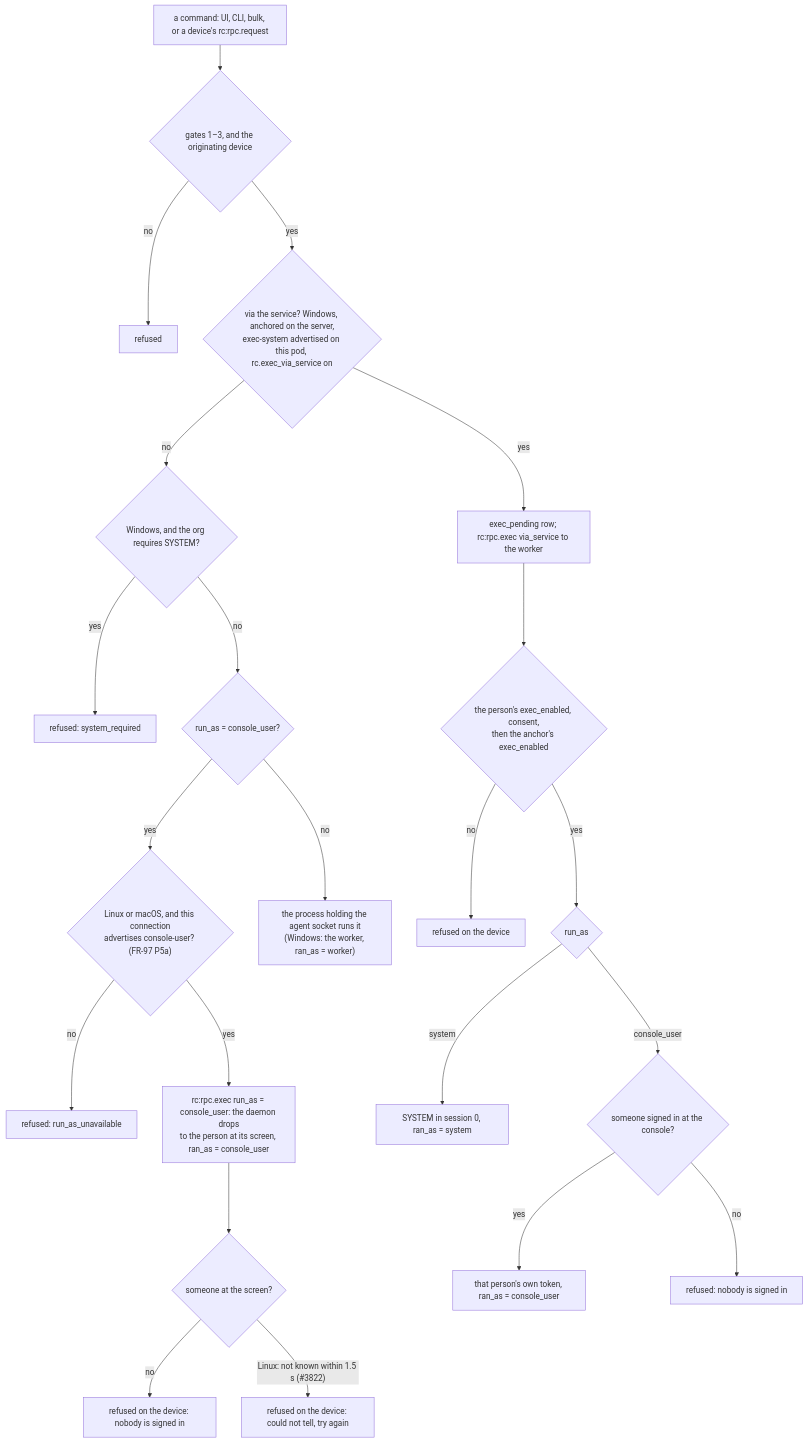
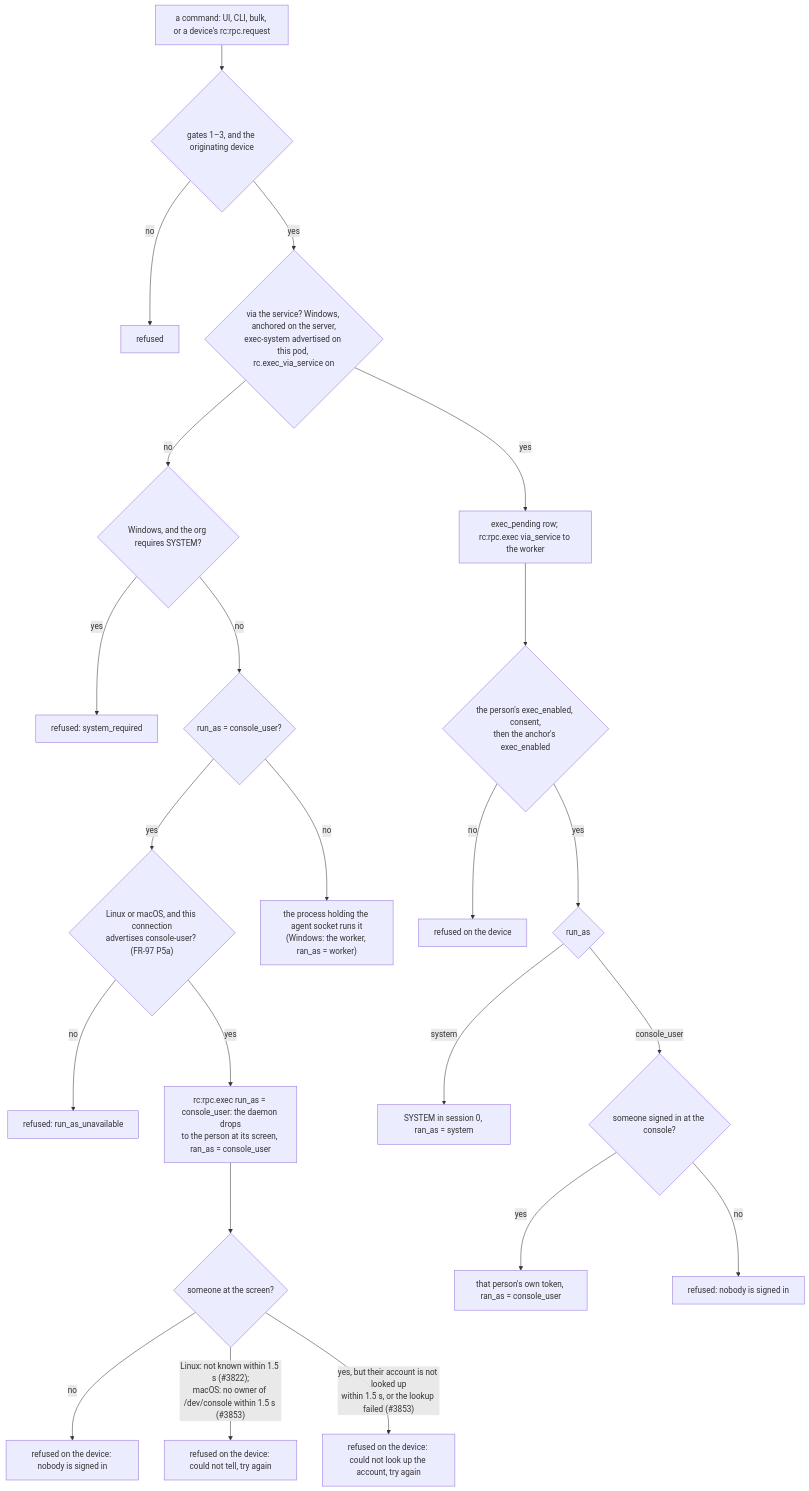
Before and after one commit to gjovanov/roomler-ai: the fifth of 5 diagrams in docs/fleet-rpc.md, drawn with Mermaid. The commit also changed other lines of this file and 23 other files, not shown here.

First line of the commit message:
fix(exec): named and console_user look the account up off the async worker, 1.5 s at most, and a timeout refuses with try again (#3854)

````diff
--- a/docs/fleet-rpc.md
+++ b/docs/fleet-rpc.md
@@ -450,24 +450,25 @@
 ```mermaid
 flowchart TD
   R["a command: UI, CLI, bulk, or a device's rc:rpc.request"] --> G{"gates 1–3, and the originating device"}
   G -- no --> D1["refused"]
   G -- yes --> V{"via the service? Windows, anchored on the server,<br/>exec-system advertised on this pod, rc.exec_via_service on"}
   V -- no --> Q{"Windows, and the org requires SYSTEM?"}
   Q -- yes --> D2["refused: system_required"]
   Q -- no --> C{"run_as = console_user?"}
   C -- yes --> L{"Linux or macOS, and this connection<br/>advertises console-user? (FR-97 P5a)"}
   L -- no --> D3["refused: run_as_unavailable"]
   L -- yes --> PU["rc:rpc.exec run_as = console_user: the daemon drops<br/>to the person at its screen, ran_as = console_user"]
   PU --> T2{"someone at the screen?"}
   T2 -- no --> D6["refused on the device: nobody is signed in"]
-  T2 -- "Linux: not known within 1.5 s (#3822)" --> D7["refused on the device: could not tell, try again"]
+  T2 -- "Linux: not known within 1.5 s (#3822);<br/>macOS: no owner of /dev/console within 1.5 s (#3853)" --> D7["refused on the device: could not tell, try again"]
+  T2 -- "yes, but their account is not looked up<br/>within 1.5 s, or the lookup failed (#3853)" --> D8["refused on the device: could not look up the account, try again"]
   C -- no --> W["the process holding the agent socket runs it<br/>(Windows: the worker, ran_as = worker)"]
   V -- yes --> P["exec_pending row; rc:rpc.exec via_service to the worker"]
   P --> K{"the person's exec_enabled, consent,<br/>then the anchor's exec_enabled"}
   K -- no --> D4["refused on the device"]
   K -- yes --> A{"run_as"}
   A -- system --> S["SYSTEM in session 0, ran_as = system"]
   A -- console_user --> T{"someone signed in at the console?"}
   T -- yes --> U["that person's own token, ran_as = console_user"]
   T -- no --> D5["refused: nobody is signed in"]
 ```
````
